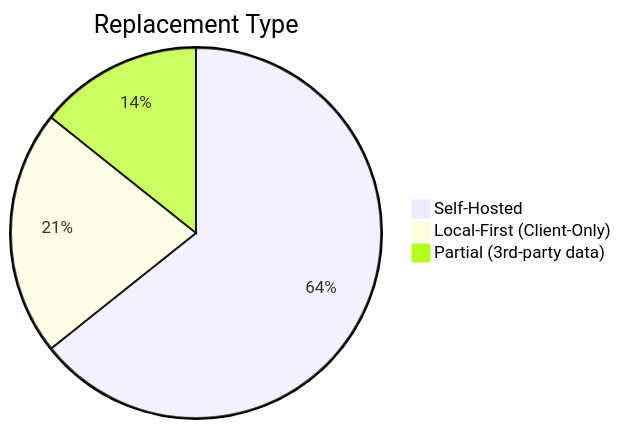
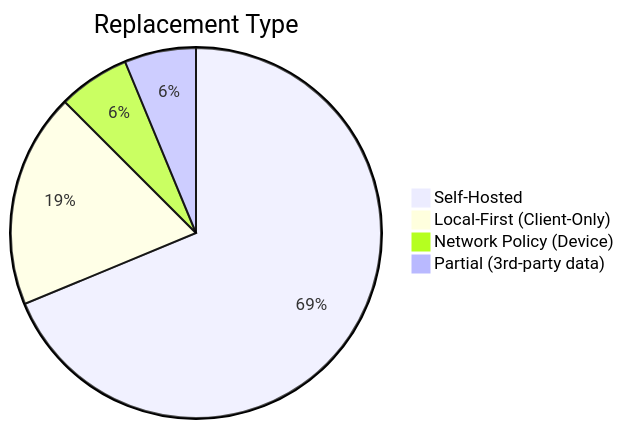
The second of 6 diagrams in README.md (Kf1sh27/DeGoogle), drawn with Mermaid before and after one commit. The commit also changed other lines of this file, not shown here.

Commit message:
Add Tasks.org and NetGuard to architecture, replacement matrix, and threat model

````diff
--- a/README.md
+++ b/README.md
@@ -122,6 +131,7 @@
 ```mermaid
 pie title Replacement Type
-    "Self-Hosted" : 9
+    "Self-Hosted" : 11
     "Local-First (Client-Only)" : 3
-    "Partial (3rd-party data)" : 2
+    "Network Policy (Device)" : 1
+    "Partial (3rd-party data)" : 1
 ```
````
